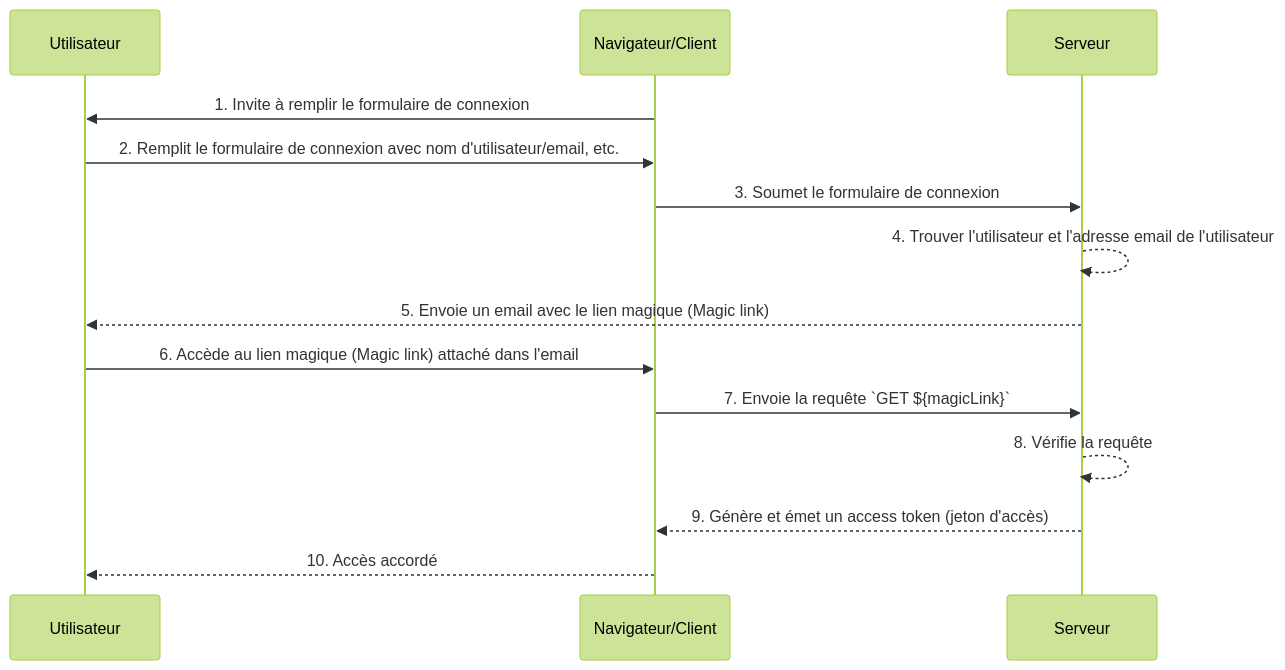
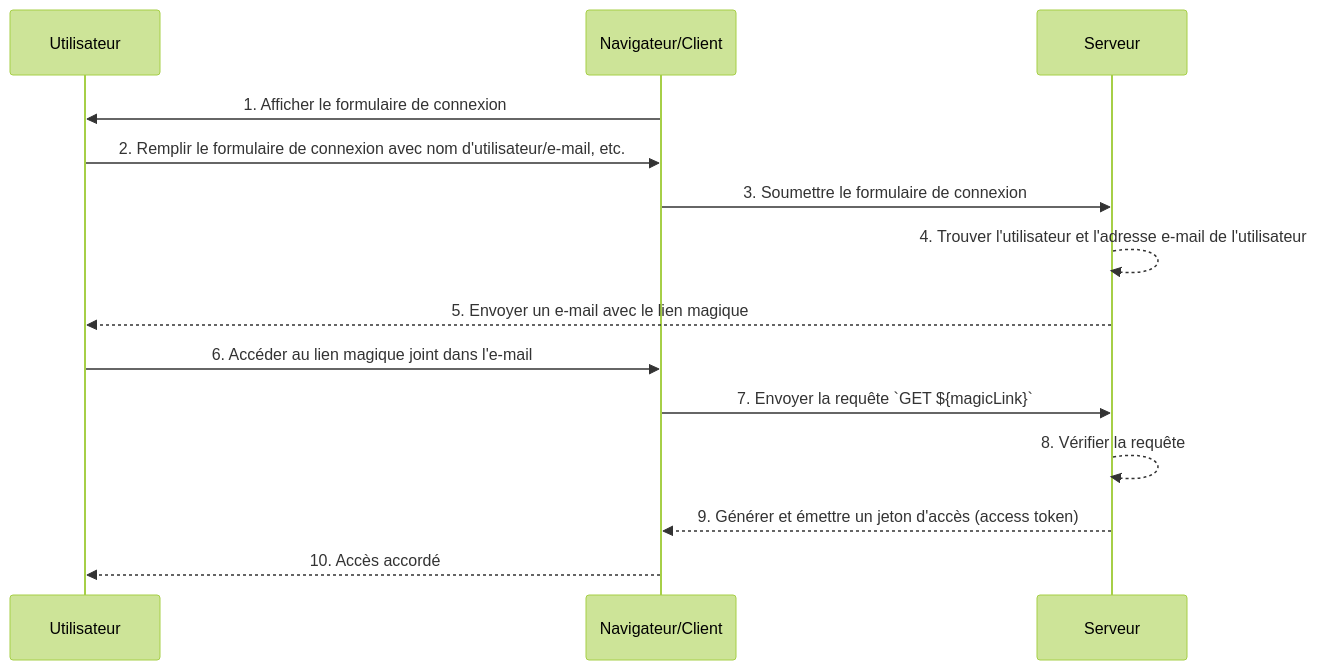
One commit to logto-io/auth-wiki changed the diagram in src/content/terms/fr/magic-link.mdx. Above: the diagram before and after it, drawn with Mermaid (forest theme). The commit also changed other lines of this file and 98 other files, not shown here.

````diff
--- a/src/content/terms/fr/magic-link.mdx
+++ b/src/content/terms/fr/magic-link.mdx
@@ -31,16 +31,16 @@
 ```mermaid
 sequenceDiagram
     participant U as Utilisateur
     participant B as Navigateur/Client
     participant S as Serveur
-    B->>U: 1. Invite à remplir le formulaire de connexion
-    U->>B: 2. Remplit le formulaire de connexion avec nom d'utilisateur/email, etc.
-    B->>S: 3. Soumet le formulaire de connexion
-    S-->>S: 4. Trouver l'utilisateur et l'adresse email de l'utilisateur
-    S-->>U: 5. Envoie un email avec le lien magique (Magic link)
-    U->>B: 6. Accède au lien magique (Magic link) attaché dans l'email
-    B->>S: 7. Envoie la requête `GET ${magicLink}`
-    S-->>S: 8. Vérifie la requête
-    S-->>B: 9. Génère et émet un access token (jeton d'accès)
+    B->>U: 1. Afficher le formulaire de connexion
+    U->>B: 2. Remplir le formulaire de connexion avec nom d'utilisateur/e-mail, etc.
+    B->>S: 3. Soumettre le formulaire de connexion
+    S-->>S: 4. Trouver l'utilisateur et l'adresse e-mail de l'utilisateur
+    S-->>U: 5. Envoyer un e-mail avec le lien magique
+    U->>B: 6. Accéder au lien magique joint dans l'e-mail
+    B->>S: 7. Envoyer la requête `GET ${magicLink}`
+    S-->>S: 8. Vérifier la requête
+    S-->>B: 9. Générer et émettre un jeton d'accès (access token)
     B-->>U: 10. Accès accordé
 ```
````
